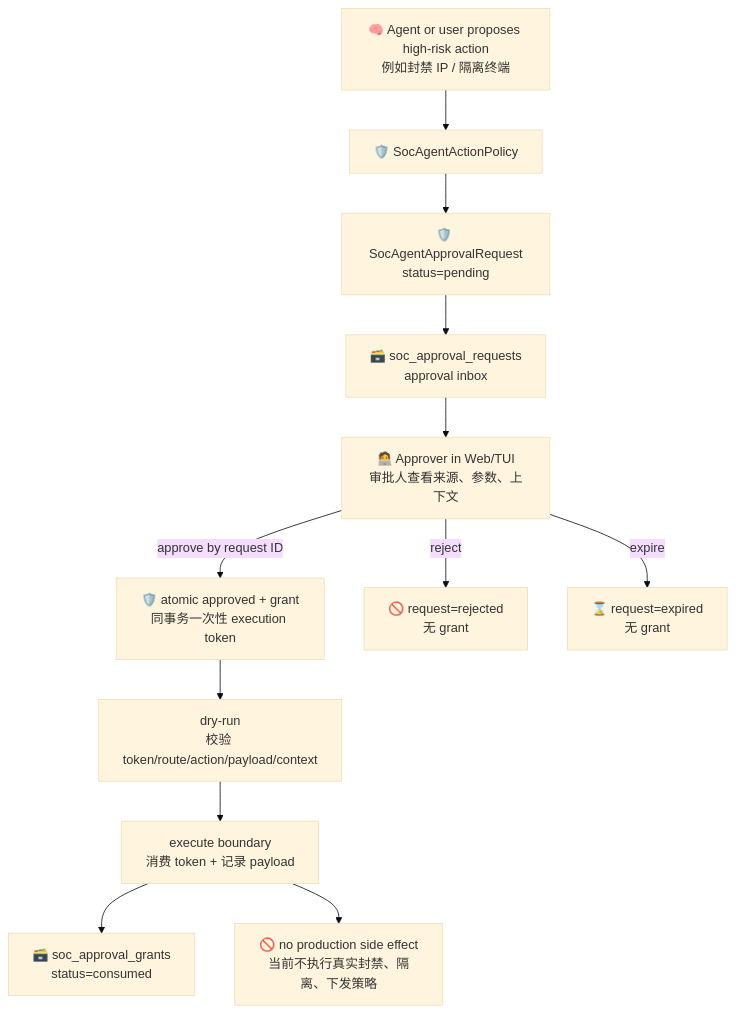
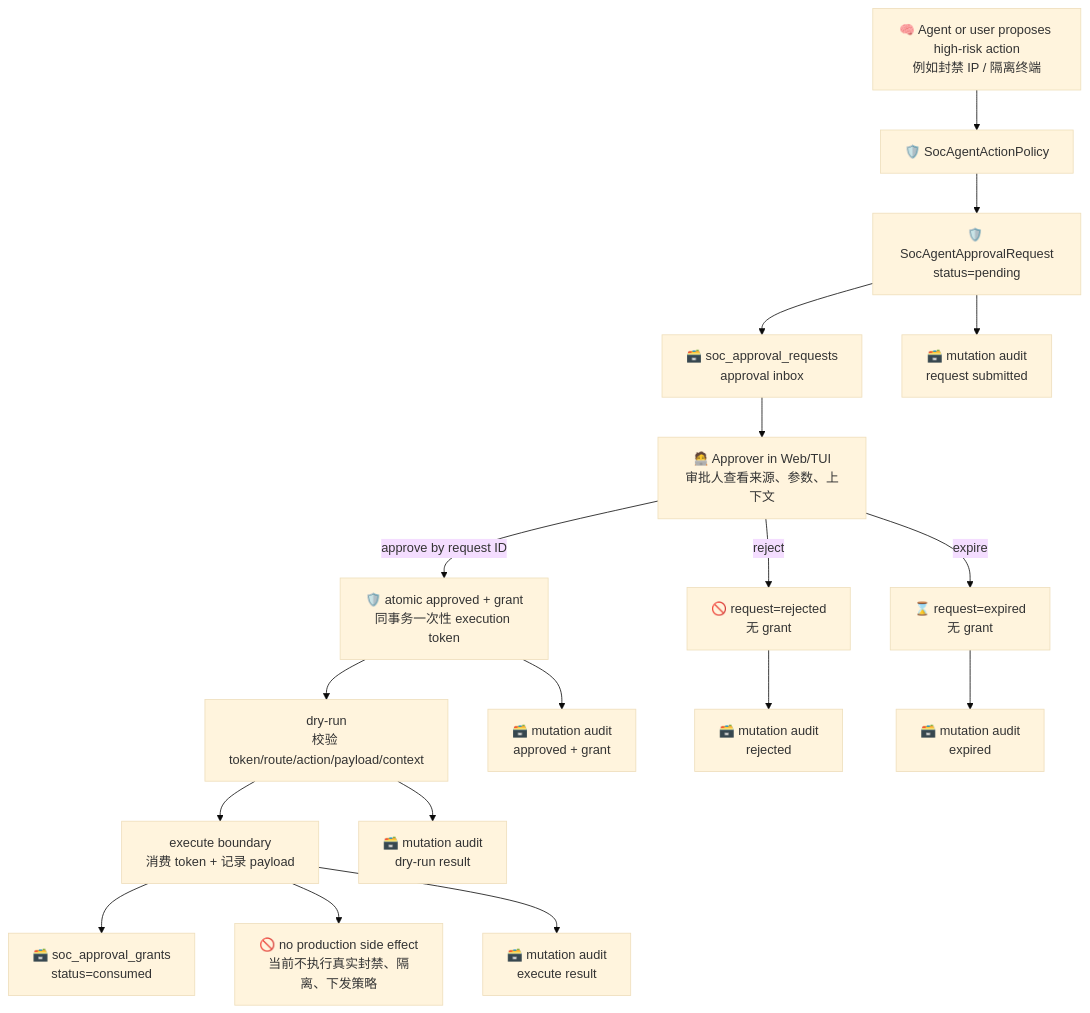
Before and after one commit to yydspanda/deer-flow: diagram 11 of 20 in .notes/ai_soc/alert-lifecycle-flow.md, drawn with Mermaid (base theme). The commit also changed other lines of this file and 21 other files, not shown here.

````diff
--- a/.notes/ai_soc/alert-lifecycle-flow.md
+++ b/.notes/ai_soc/alert-lifecycle-flow.md
@@ -480,14 +486,20 @@
 ```mermaid
 flowchart TD
     A["🧠 Agent or user proposes high-risk action<br/>例如封禁 IP / 隔离终端"] --> B["🛡️ SocAgentActionPolicy"]
     B --> C["🛡️ SocAgentApprovalRequest<br/>status=pending"]
     C --> D["🗃️ soc_approval_requests<br/>approval inbox"]
     D --> E["🧑‍💻 Approver in Web/TUI<br/>审批人查看来源、参数、上下文"]
     E -->|"approve by request ID"| F["🛡️ atomic approved + grant<br/>同事务一次性 execution token"]
     E -->|reject| R["🚫 request=rejected<br/>无 grant"]
     E -->|expire| X["⌛ request=expired<br/>无 grant"]
     F --> G["dry-run<br/>校验 token/route/action/payload/context"]
     G --> H["execute boundary<br/>消费 token + 记录 payload"]
     H --> I["🗃️ soc_approval_grants<br/>status=consumed"]
     H --> J["🚫 no production side effect<br/>当前不执行真实封禁、隔离、下发策略"]
+    C --> A1["🗃️ mutation audit<br/>request submitted"]
+    F --> A2["🗃️ mutation audit<br/>approved + grant"]
+    R --> A3["🗃️ mutation audit<br/>rejected"]
+    X --> A4["🗃️ mutation audit<br/>expired"]
+    G --> A5["🗃️ mutation audit<br/>dry-run result"]
+    H --> A6["🗃️ mutation audit<br/>execute result"]
 ```
````
